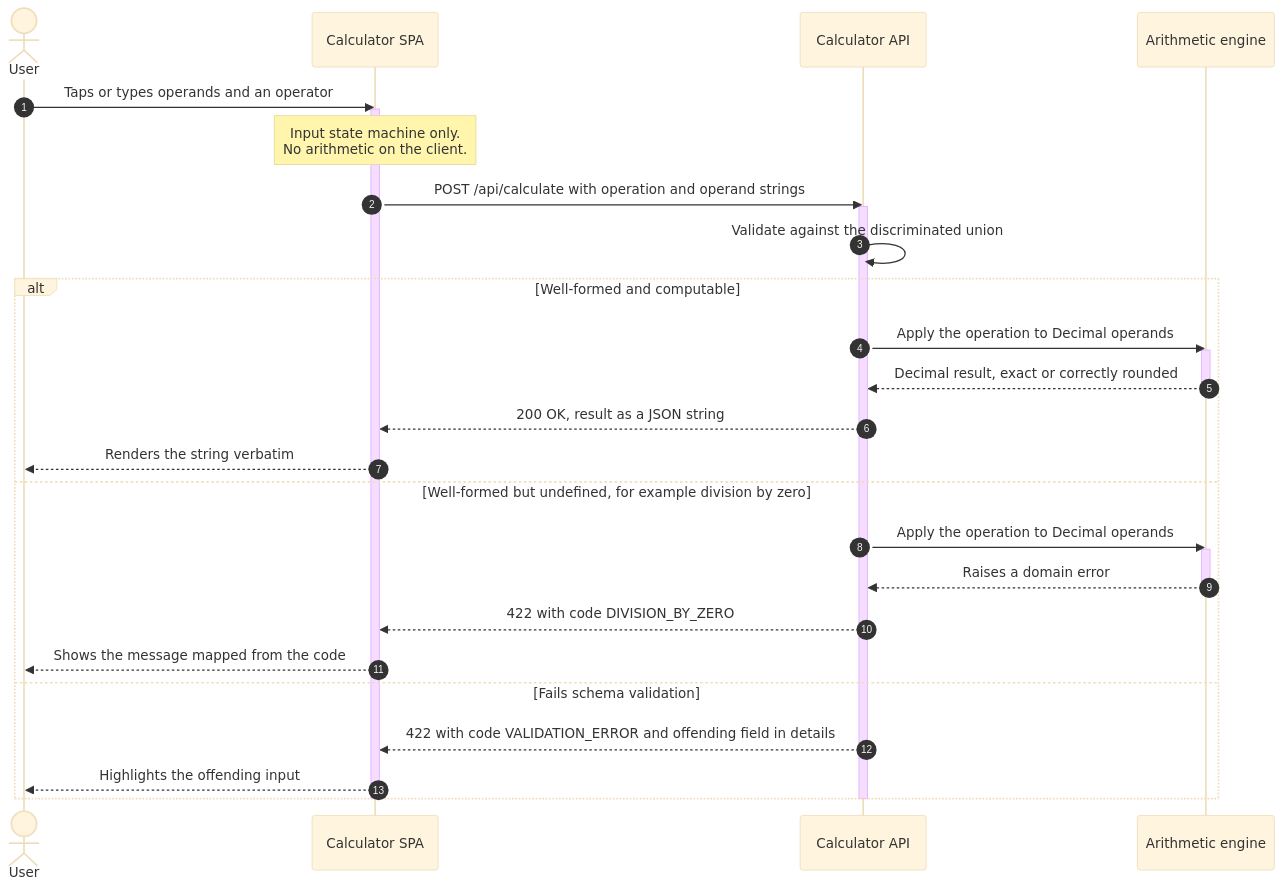
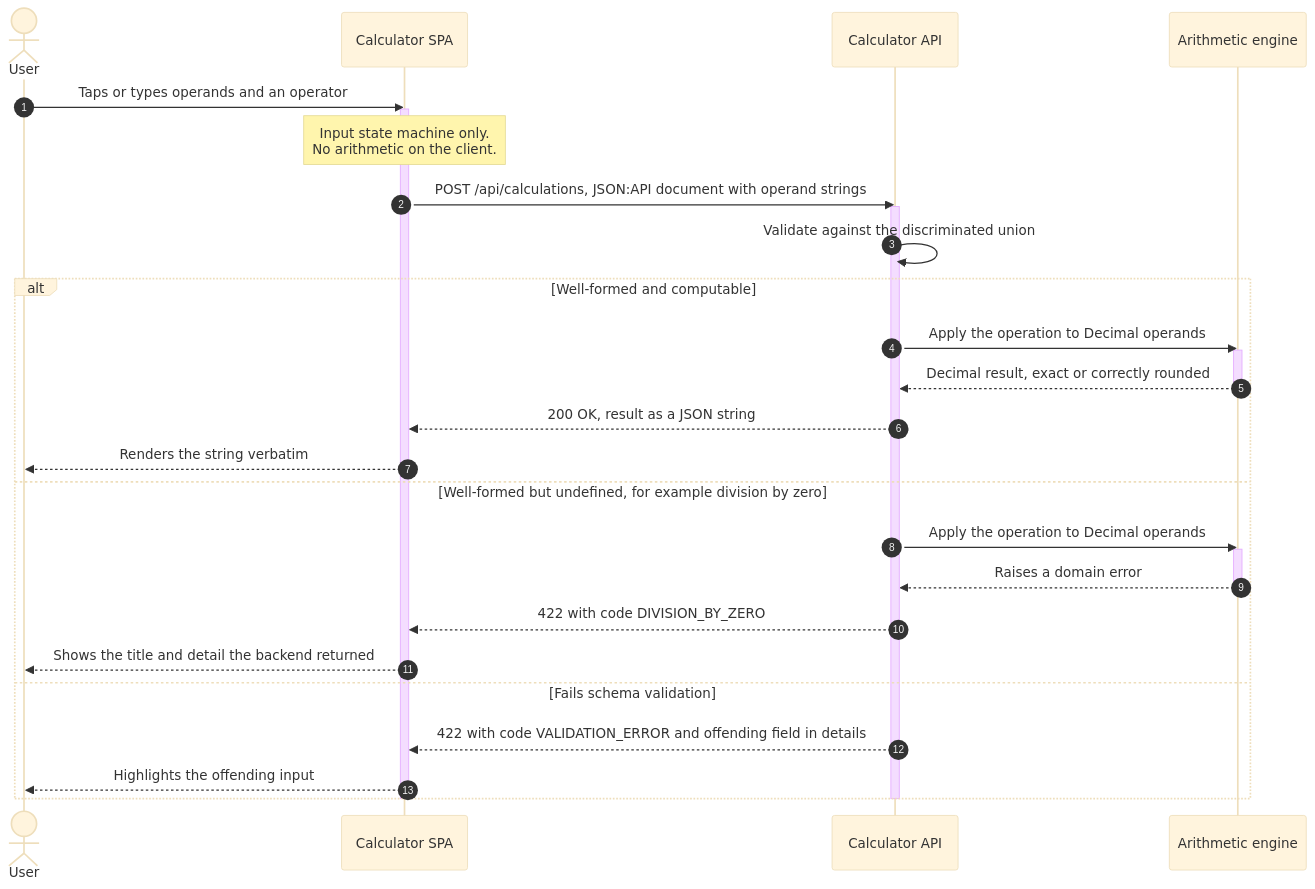
One commit to freddo1503/sezzle-calculator changed the fifth of 6 diagrams in docs/architecture.md. Above: the diagram before and after it, drawn with Mermaid (base theme). The commit also changed other lines of this file and 8 other files, not shown here.

````diff
--- a/docs/architecture.md
+++ b/docs/architecture.md
@@ -241,37 +242,37 @@
 ```mermaid
 sequenceDiagram
     autonumber
     actor U as User
     participant S as Calculator SPA
     participant A as Calculator API
     participant E as Arithmetic engine
 
     U->>S: Taps or types operands and an operator
     activate S
     Note over S: Input state machine only.<br/>No arithmetic on the client.
-    S->>A: POST /api/calculate with operation and operand strings
+    S->>A: POST /api/calculations, JSON:API document with operand strings
     activate A
     A->>A: Validate against the discriminated union
 
     alt Well-formed and computable
         A->>E: Apply the operation to Decimal operands
         activate E
         E-->>A: Decimal result, exact or correctly rounded
         deactivate E
         A-->>S: 200 OK, result as a JSON string
         S-->>U: Renders the string verbatim
     else Well-formed but undefined, for example division by zero
         A->>E: Apply the operation to Decimal operands
         activate E
         E-->>A: Raises a domain error
         deactivate E
         A-->>S: 422 with code DIVISION_BY_ZERO
-        S-->>U: Shows the message mapped from the code
+        S-->>U: Shows the title and detail the backend returned
     else Fails schema validation
         A-->>S: 422 with code VALIDATION_ERROR and offending field in details
         S-->>U: Highlights the offending input
     end
 
     deactivate A
     deactivate S
 ```
````
